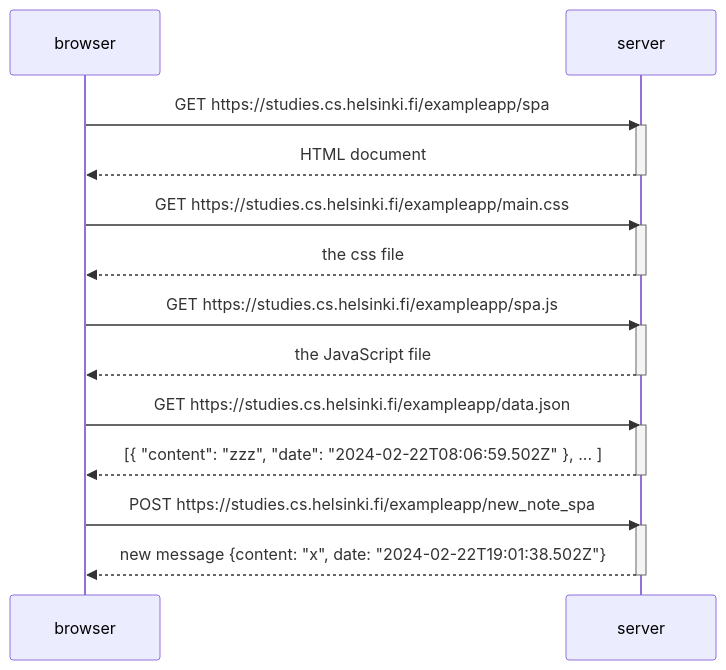
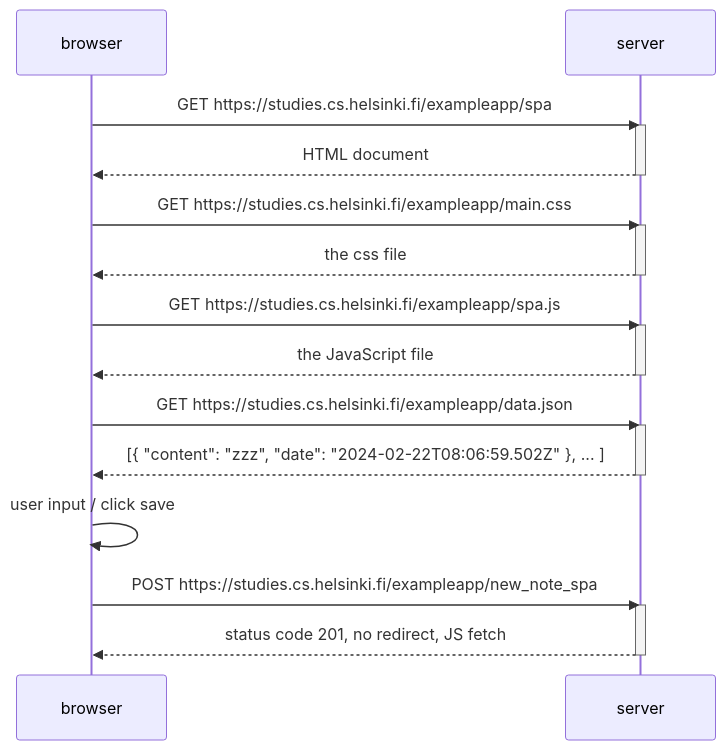
One commit to yuc217/full-stack-proj changed the diagram in part0/exercise06.md. Above: the diagram before and after it, drawn with Mermaid.

````diff
--- a/part0/exercise06.md
+++ b/part0/exercise06.md
@@ -1,31 +1,33 @@
 ```mermaid
 sequenceDiagram
     participant browser
     participant server
 
     browser->>server: GET https://studies.cs.helsinki.fi/exampleapp/spa
     activate server
     server-->>browser: HTML document
     deactivate server
 
     browser->>server: GET https://studies.cs.helsinki.fi/exampleapp/main.css
     activate server
     server-->>browser: the css file
     deactivate server
 
     browser->>server: GET https://studies.cs.helsinki.fi/exampleapp/spa.js
     activate server
     server-->>browser: the JavaScript file
     deactivate server
 
     browser->>server: GET https://studies.cs.helsinki.fi/exampleapp/data.json
     activate server
     server-->>browser: [{ "content": "zzz", "date": "2024-02-22T08:06:59.502Z" }, ... ]
     deactivate server
 
+    browser->>browser: user input / click save
+
     browser->>server: POST https://studies.cs.helsinki.fi/exampleapp/new_note_spa
     activate server
-    server-->>browser: new message {content: "x", date: "2024-02-22T19:01:38.502Z"}
+    server-->>browser: status code 201, no redirect, JS fetch
     deactivate server
     
 ```
````
